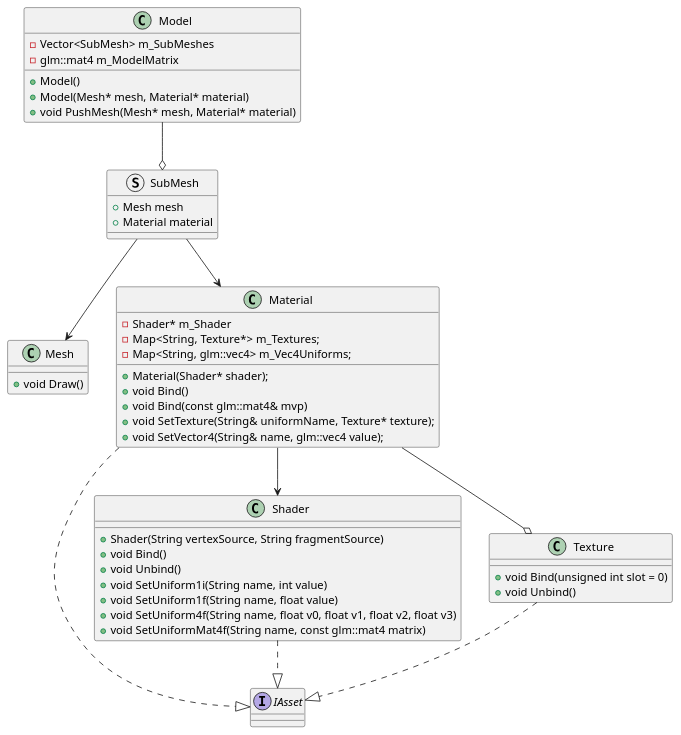
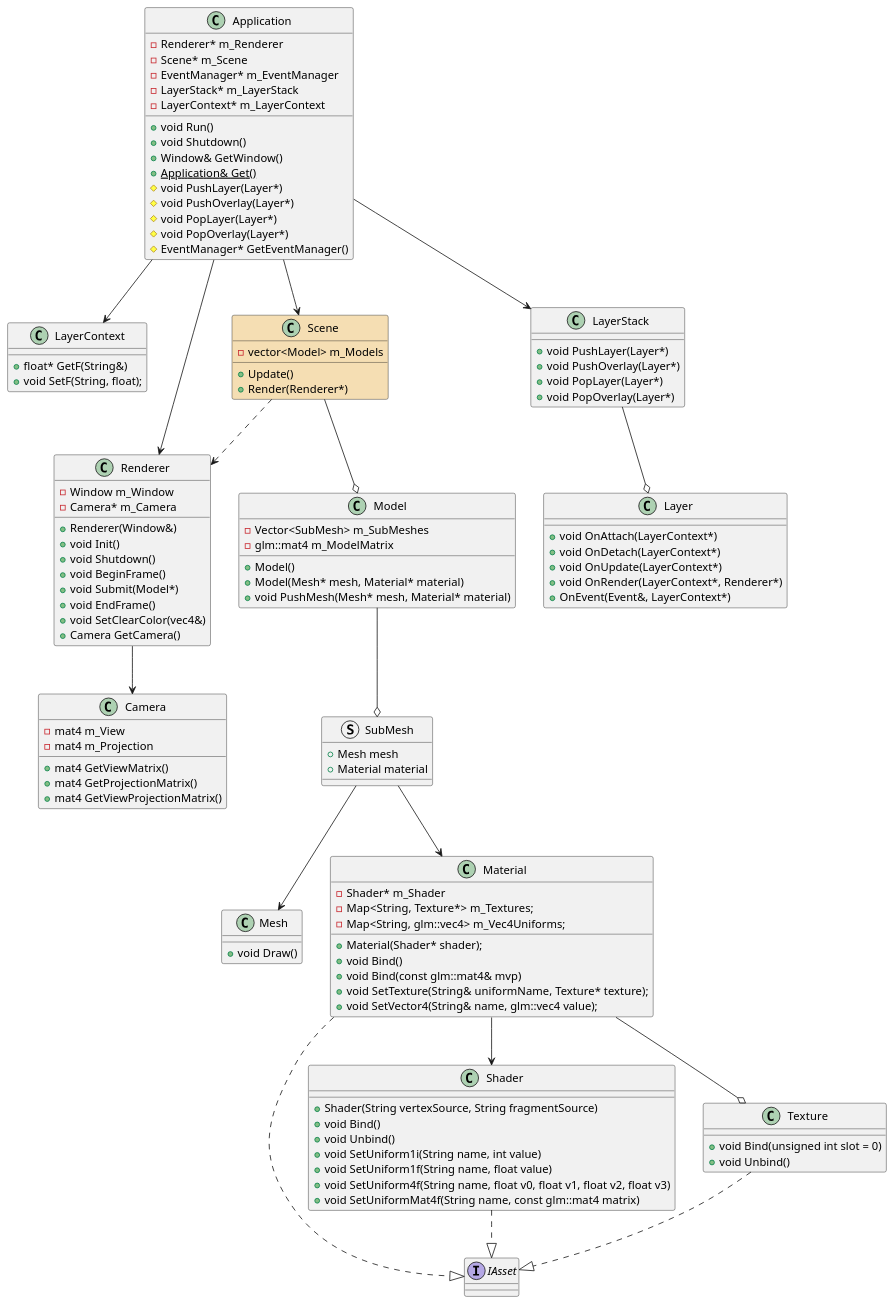
Before and after one commit to asemenovv/lada: the diagram in docs/Rendering.puml, drawn with PlantUML.

Commit message:
Finish work on diagram

```diff
--- a/docs/Rendering.puml
+++ b/docs/Rendering.puml
@@ -1,59 +1,132 @@
 @startuml
 
 interface IAsset {
+}
+
+class Application {
+    + void Run()
+    + void Shutdown()
+    + Window& GetWindow()
+    + {static} Application& Get()
+    # void PushLayer(Layer*)
+    # void PushOverlay(Layer*)
+    # void PopLayer(Layer*)
+    # void PopOverlay(Layer*)
+    # EventManager* GetEventManager()
+    - Renderer* m_Renderer
+    - Scene* m_Scene
+    - EventManager* m_EventManager
+    - LayerStack* m_LayerStack
+    - LayerContext* m_LayerContext
+}
+
+class LayerContext {
+    + float* GetF(String&)
+    + void SetF(String, float);
+}
+
+class Renderer {
+    - Window m_Window
+    - Camera* m_Camera
+    + Renderer(Window&)
+    + void Init()
+    + void Shutdown()
+    + void BeginFrame()
+    + void Submit(Model*)
+    + void EndFrame()
+    + void SetClearColor(vec4&)
+    + Camera GetCamera()
+}
+
+class Scene #Wheat {
+    - vector<Model> m_Models
+    + Update()
+    + Render(Renderer*)
+}
+
+class LayerStack {
+    + void PushLayer(Layer*)
+    + void PushOverlay(Layer*)
+    + void PopLayer(Layer*)
+    + void PopOverlay(Layer*)
+}
+
+class Layer {
+    + void OnAttach(LayerContext*)
+    + void OnDetach(LayerContext*)
+    + void OnUpdate(LayerContext*)
+    + void OnRender(LayerContext*, Renderer*)
+    + OnEvent(Event&, LayerContext*)
+}
+
+class Camera {
+    - mat4 m_View
+    - mat4 m_Projection
+    + mat4 GetViewMatrix()
+    + mat4 GetProjectionMatrix()
+    + mat4 GetViewProjectionMatrix()
 }
 
 class Model {
     + Model()
     + Model(Mesh* mesh, Material* material)
     + void PushMesh(Mesh* mesh, Material* material)
     - Vector<SubMesh> m_SubMeshes
     - glm::mat4 m_ModelMatrix
 }
 
 struct SubMesh {
     + Mesh mesh
     + Material material
 }
 
 class Mesh {
     + void Draw()
 }
 
 class Material {
     + Material(Shader* shader);
     + void Bind()
     + void Bind(const glm::mat4& mvp)
     + void SetTexture(String& uniformName, Texture* texture);
     + void SetVector4(String& name, glm::vec4 value);
     - Shader* m_Shader
     - Map<String, Texture*> m_Textures;
     - Map<String, glm::vec4> m_Vec4Uniforms;
 }
 
 class Shader {
     + Shader(String vertexSource, String fragmentSource)
     + void Bind()
     + void Unbind()
     + void SetUniform1i(String name, int value)
     + void SetUniform1f(String name, float value)
     + void SetUniform4f(String name, float v0, float v1, float v2, float v3)
     + void SetUniformMat4f(String name, const glm::mat4 matrix)
 }
 
 class Texture {
     + void Bind(unsigned int slot = 0)
     + void Unbind()
 }
 
+Application --> LayerContext
+Application --> LayerStack
+Application --> Scene
+Application --> Renderer
+Scene ..> Renderer
+Scene --o Model
+LayerStack --o Layer
+Renderer --> Camera
+
 Material --> Shader
 Material --o Texture
 Model --o SubMesh
 SubMesh --> Mesh
 SubMesh --> Material
 
 Material ..|> IAsset
 Shader ..|> IAsset
 Texture ..|> IAsset
 
 @enduml
```
